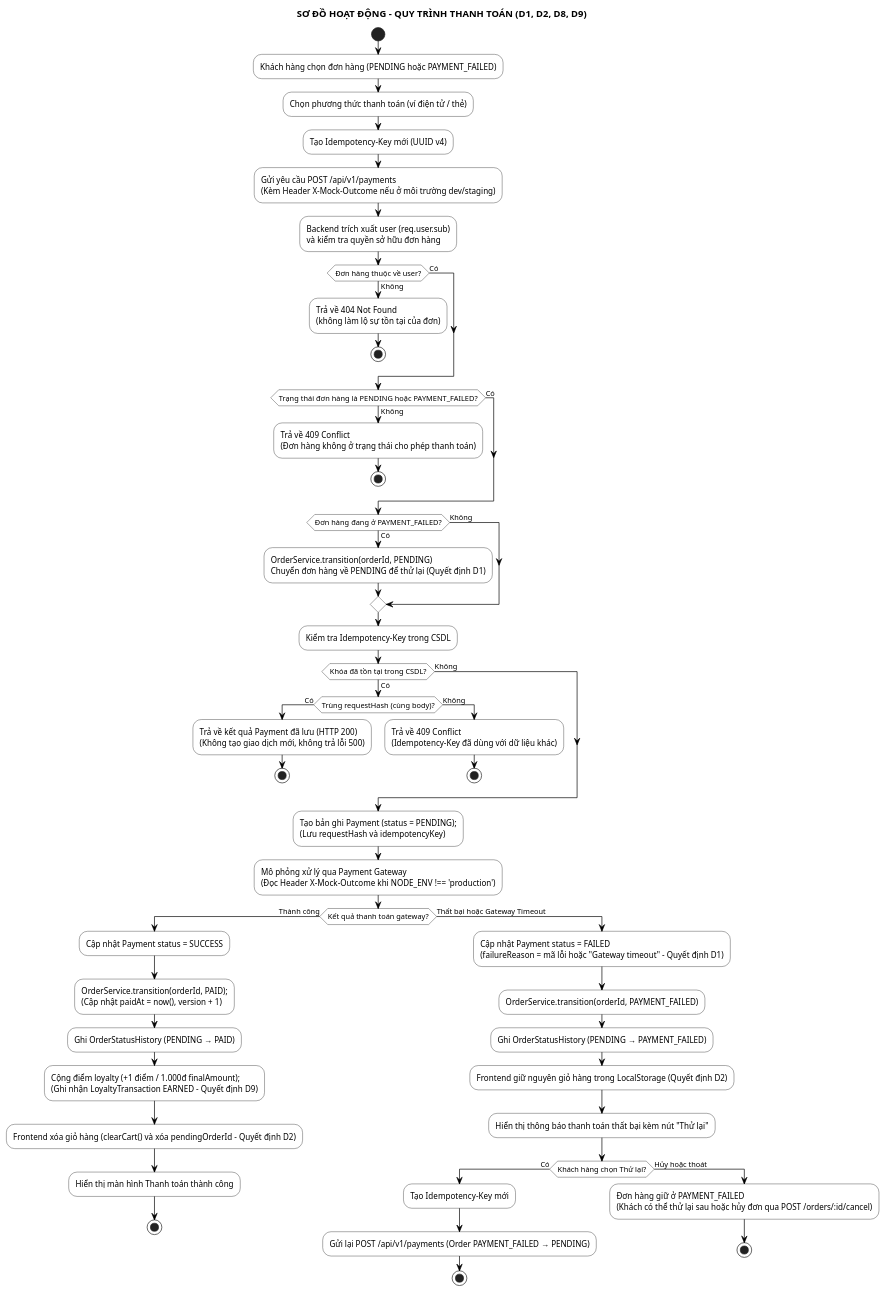
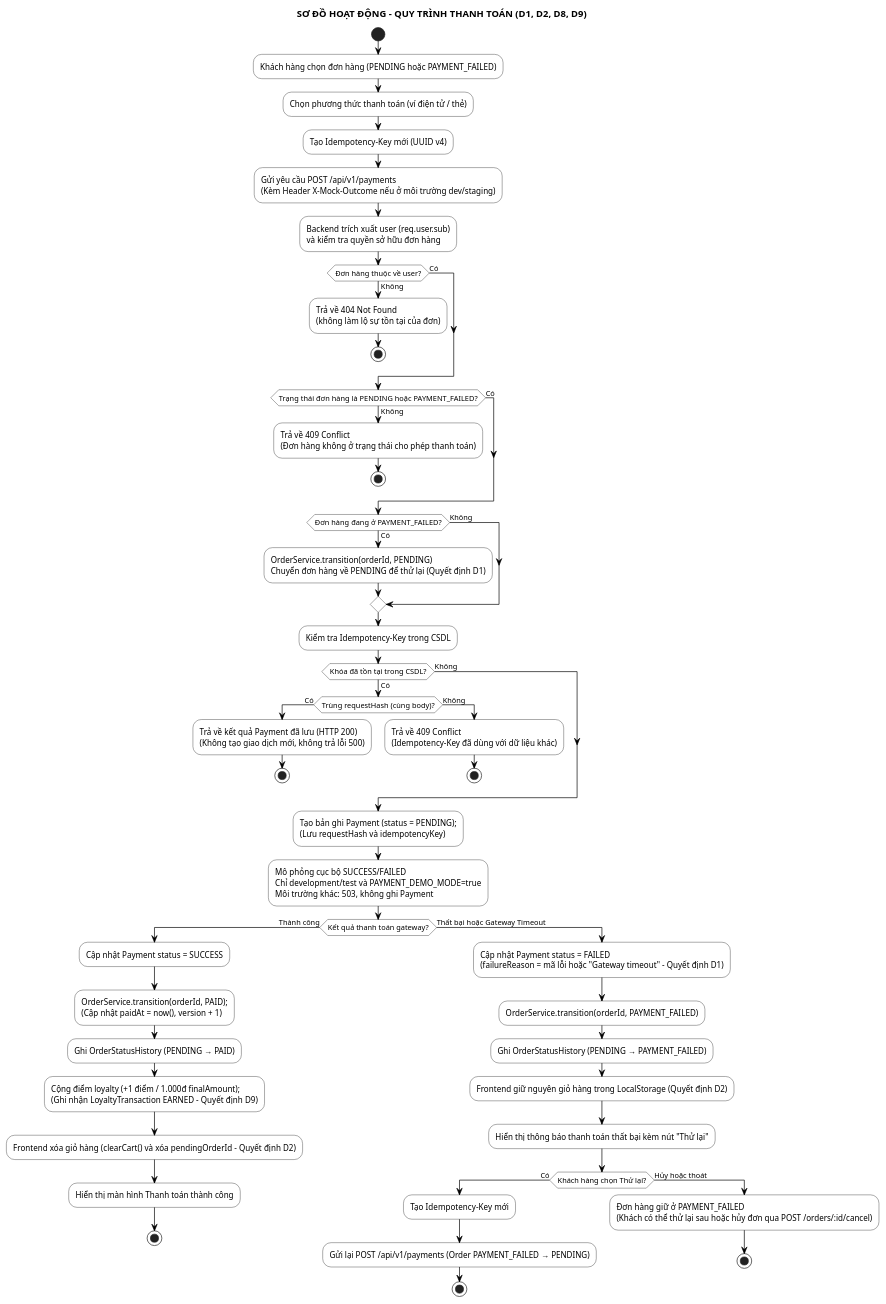
Before and after one commit to Call-MeK/BrewLite_assignment: the diagram in docs/payment/activity-payment.puml, drawn with PlantUML. The commit also changed 18 other files, not shown here.

First line of the commit message:
Implement transactional mock payment flow

```diff
--- a/docs/payment/activity-payment.puml
+++ b/docs/payment/activity-payment.puml
@@ -1,84 +1,84 @@
 @startuml
 title SƠ ĐỒ HOẠT ĐỘNG - QUY TRÌNH THANH TOÁN (D1, D2, D8, D9)
 
 skinparam backgroundColor white
 skinparam activity {
     BackgroundColor white
     BorderColor black
     FontColor black
     DiamondBackgroundColor white
     DiamondBorderColor black
 }
 skinparam shadowing false
 skinparam defaultFontName Arial
 skinparam ArrowColor black
 
 start
 
 :Khách hàng chọn đơn hàng (PENDING hoặc PAYMENT_FAILED);
 :Chọn phương thức thanh toán (ví điện tử / thẻ);
 :Tạo Idempotency-Key mới (UUID v4);
 :Gửi yêu cầu POST /api/v1/payments\n(Kèm Header X-Mock-Outcome nếu ở môi trường dev/staging);
 
 :Backend trích xuất user (req.user.sub)\nvà kiểm tra quyền sở hữu đơn hàng;
 
 if (Đơn hàng thuộc về user?) then (Không)
     :Trả về 404 Not Found\n(không làm lộ sự tồn tại của đơn);
     stop
 else (Có)
 endif
 
 if (Trạng thái đơn hàng là PENDING hoặc PAYMENT_FAILED?) then (Không)
     :Trả về 409 Conflict\n(Đơn hàng không ở trạng thái cho phép thanh toán);
     stop
 else (Có)
 endif
 
 if (Đơn hàng đang ở PAYMENT_FAILED?) then (Có)
     :OrderService.transition(orderId, PENDING)\nChuyển đơn hàng về PENDING để thử lại (Quyết định D1);
 else (Không)
 endif
 
 :Kiểm tra Idempotency-Key trong CSDL;
 
 if (Khóa đã tồn tại trong CSDL?) then (Có)
     if (Trùng requestHash (cùng body)?) then (Có)
         :Trả về kết quả Payment đã lưu (HTTP 200)\n(Không tạo giao dịch mới, không trả lỗi 500);
         stop
     else (Không)
         :Trả về 409 Conflict\n(Idempotency-Key đã dùng với dữ liệu khác);
         stop
     endif
 else (Không)
 endif
 
 :Tạo bản ghi Payment (status = PENDING);\n(Lưu requestHash và idempotencyKey);
 
-:Mô phỏng xử lý qua Payment Gateway\n(Đọc Header X-Mock-Outcome khi NODE_ENV !== 'production');
+:Mô phỏng cục bộ SUCCESS/FAILED\nChỉ development/test và PAYMENT_DEMO_MODE=true\nMôi trường khác: 503, không ghi Payment;
 
 if (Kết quả thanh toán gateway?) then (Thành công)
     :Cập nhật Payment status = SUCCESS;
     :OrderService.transition(orderId, PAID);\n(Cập nhật paidAt = now(), version + 1);
     :Ghi OrderStatusHistory (PENDING → PAID);
     :Cộng điểm loyalty (+1 điểm / 1.000đ finalAmount);\n(Ghi nhận LoyaltyTransaction EARNED - Quyết định D9);
     :Frontend xóa giỏ hàng (clearCart() và xóa pendingOrderId - Quyết định D2);
     :Hiển thị màn hình Thanh toán thành công;
     stop
 else (Thất bại hoặc Gateway Timeout)
     :Cập nhật Payment status = FAILED\n(failureReason = mã lỗi hoặc "Gateway timeout" - Quyết định D1);
     :OrderService.transition(orderId, PAYMENT_FAILED);
     :Ghi OrderStatusHistory (PENDING → PAYMENT_FAILED);
     :Frontend giữ nguyên giỏ hàng trong LocalStorage (Quyết định D2);
     :Hiển thị thông báo thanh toán thất bại kèm nút "Thử lại";
 
     if (Khách hàng chọn Thử lại?) then (Có)
         :Tạo Idempotency-Key mới;
         :Gửi lại POST /api/v1/payments (Order PAYMENT_FAILED → PENDING);
         stop
     else (Hủy hoặc thoát)
         :Đơn hàng giữ ở PAYMENT_FAILED\n(Khách có thể thử lại sau hoặc hủy đơn qua POST /orders/:id/cancel);
         stop
     endif
 endif
 
 @enduml
```
